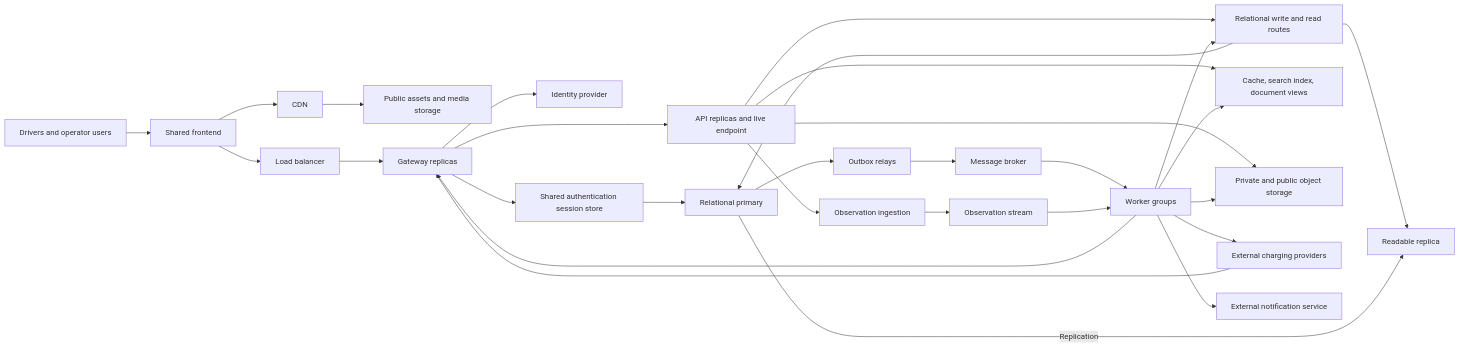
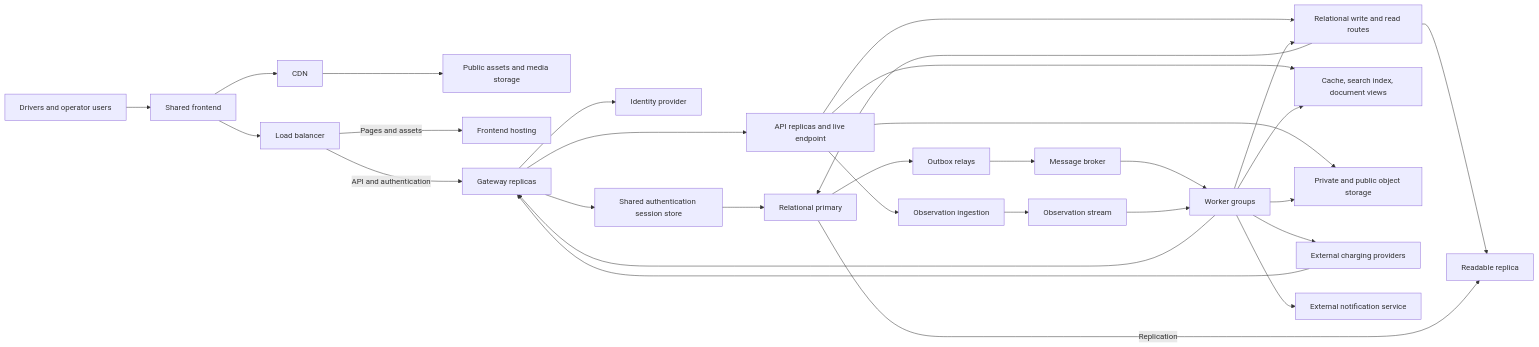
One commit to AFayziev/ev-charging-system-design-lab changed the first of 3 diagrams in docs/architecture.md. Above: the diagram before and after it, drawn with Mermaid. The commit also changed other lines of this file and 10 other files, not shown here.

First line of the commit message:
feat(aspire): add gateway and API replicas with routing diagnostics

````diff
--- a/docs/architecture.md
+++ b/docs/architecture.md
@@ -49,31 +49,32 @@
 ```mermaid
 flowchart LR
     Users[Drivers and operator users] --> UI[Shared frontend]
     UI --> CDN[CDN]
     CDN --> Origin[Public assets and media storage]
     UI --> Edge[Load balancer]
-    Edge --> Gateway[Gateway replicas]
+    Edge -->|Pages and assets| FrontendHost[Frontend hosting]
+    Edge -->|API and authentication| Gateway[Gateway replicas]
     Gateway --> Identity[Identity provider]
     Gateway --> Sessions[Shared authentication session store]
     Sessions --> Primary[Relational primary]
     SQL[Relational write and read routes] --> Primary
     SQL --> Replica[Readable replica]
     Primary -->|Replication| Replica
     Gateway --> API[API replicas and live endpoint]
     API --> SQL
     API --> Views[Cache, search index, document views]
     API --> Objects[Private and public object storage]
     Primary --> Relay[Outbox relays]
     Relay --> Broker[Message broker]
     Broker --> Workers[Worker groups]
     Workers --> Gateway
     Workers --> Providers[External charging providers]
     Workers --> Notifications[External notification service]
     Providers --> Gateway
     API --> Ingest[Observation ingestion]
     Ingest --> Stream[Observation stream]
     Stream --> Workers
     Workers --> Views
     Workers --> SQL
     Workers --> Objects
 ```
````
